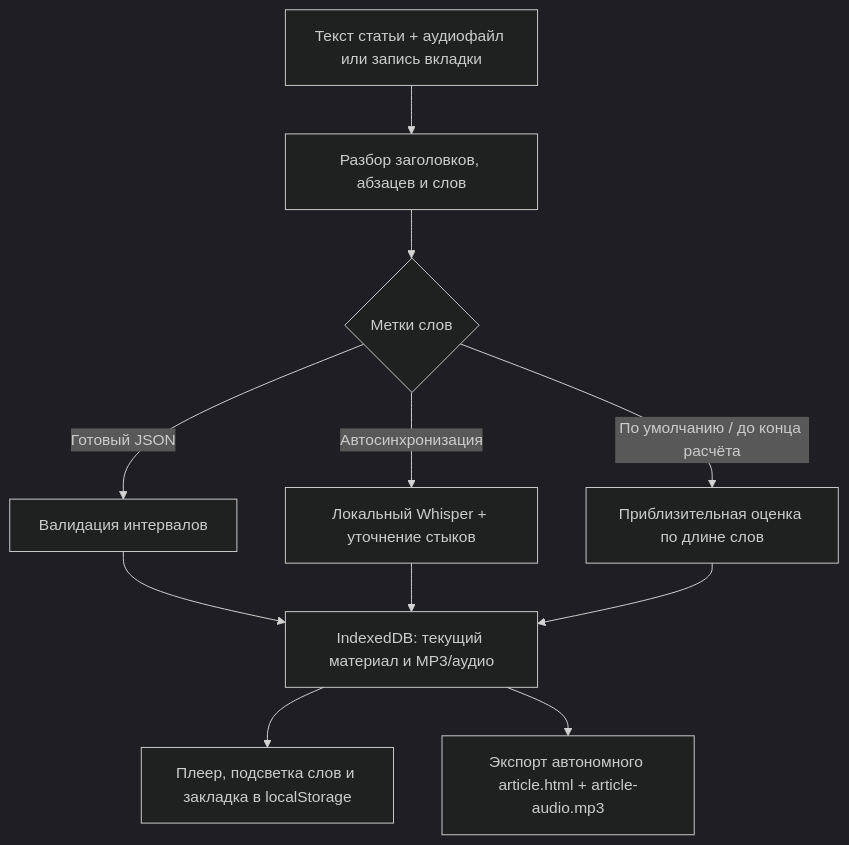
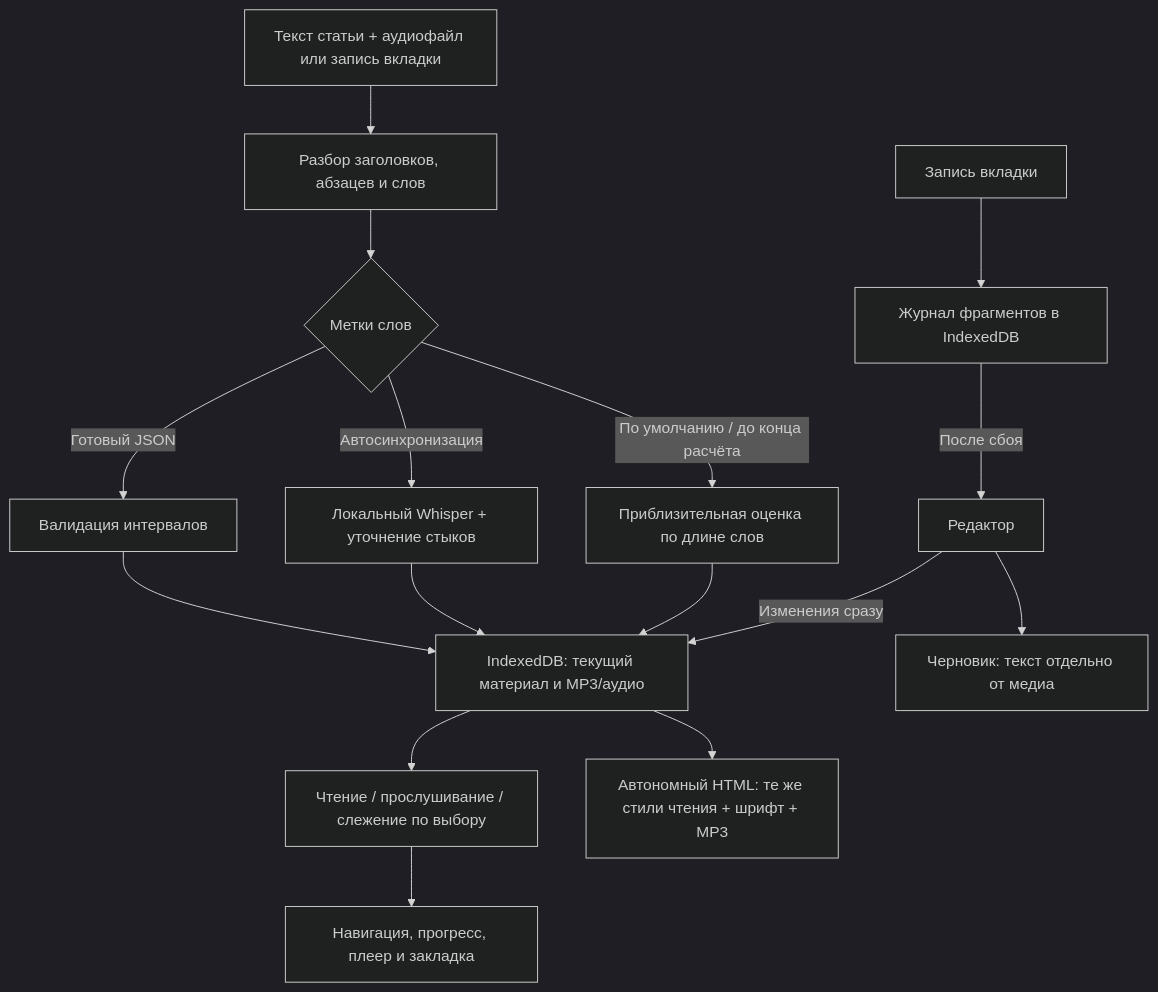
One commit to sefga/SmartReader changed the diagram in app/README.md. Above: the diagram before and after it, drawn with Mermaid (dark theme). The commit also changed other lines of this file and 17 other files, not shown here.

````diff
--- a/app/README.md
+++ b/app/README.md
@@ -127,13 +136,18 @@
 ```mermaid
 flowchart TD
     A[Текст статьи + аудиофайл или запись вкладки] --> B[Разбор заголовков, абзацев и слов]
     B --> C{Метки слов}
     C -->|Готовый JSON| D[Валидация интервалов]
     C -->|Автосинхронизация| E[Локальный Whisper + уточнение стыков]
     C -->|По умолчанию / до конца расчёта| F[Приблизительная оценка по длине слов]
     D --> G[IndexedDB: текущий материал и MP3/аудио]
     E --> G
     F --> G
-    G --> H[Плеер, подсветка слов и закладка в localStorage]
-    G --> I[Экспорт автономного article.html + article-audio.mp3]
+    G --> H[Чтение / прослушивание / слежение по выбору]
+    H --> J[Навигация, прогресс, плеер и закладка]
+    G --> I[Автономный HTML: те же стили чтения + шрифт + MP3]
+    K[Редактор] --> L[Черновик: текст отдельно от медиа]
+    K -->|Изменения сразу| G
+    M[Запись вкладки] --> N[Журнал фрагментов в IndexedDB]
+    N -->|После сбоя| K
 ```
````
